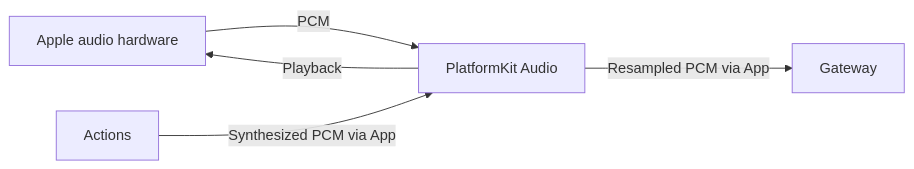
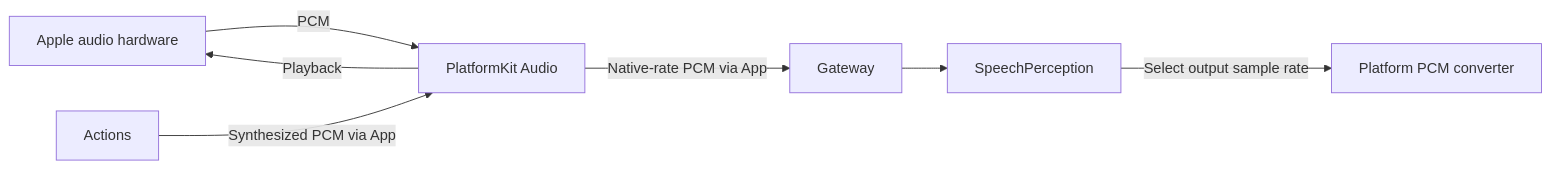
Before and after one commit to devilyouwei/MobileHarness: the first of 3 diagrams in MobileHarness/PlatformKit/Audio/README.md, drawn with Mermaid. The commit also changed other lines of this file and 100 other files, not shown here.

````diff
--- a/MobileHarness/PlatformKit/Audio/README.md
+++ b/MobileHarness/PlatformKit/Audio/README.md
@@ -11,7 +11,9 @@
 ```mermaid
 flowchart LR
     OS[Apple audio hardware] -->|PCM| Audio[PlatformKit Audio]
-    Audio -->|Resampled PCM via App| Gateway
+    Audio -->|Native-rate PCM via App| Gateway
+    Gateway --> Speech[SpeechPerception]
+    Speech -->|Select output sample rate| Convert[Platform PCM converter]
     Actions -->|Synthesized PCM via App| Audio
     Audio -->|Playback| OS
 ```
````
